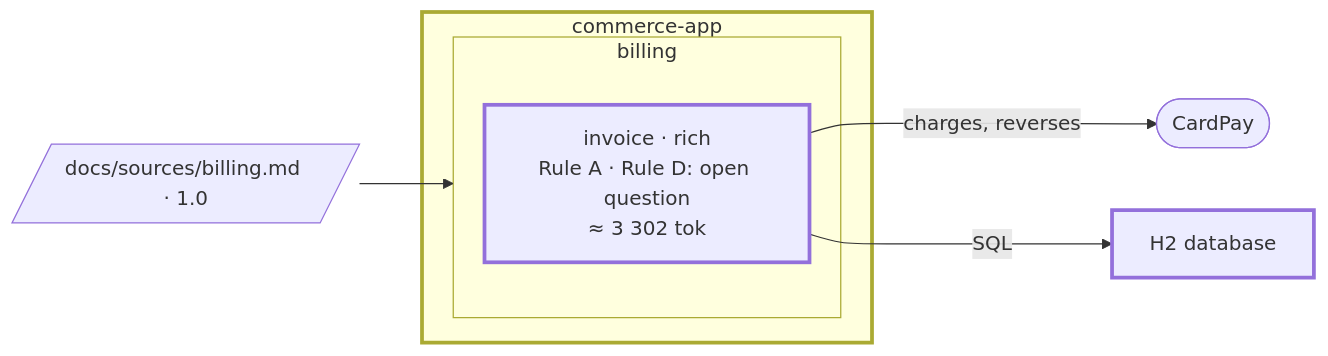
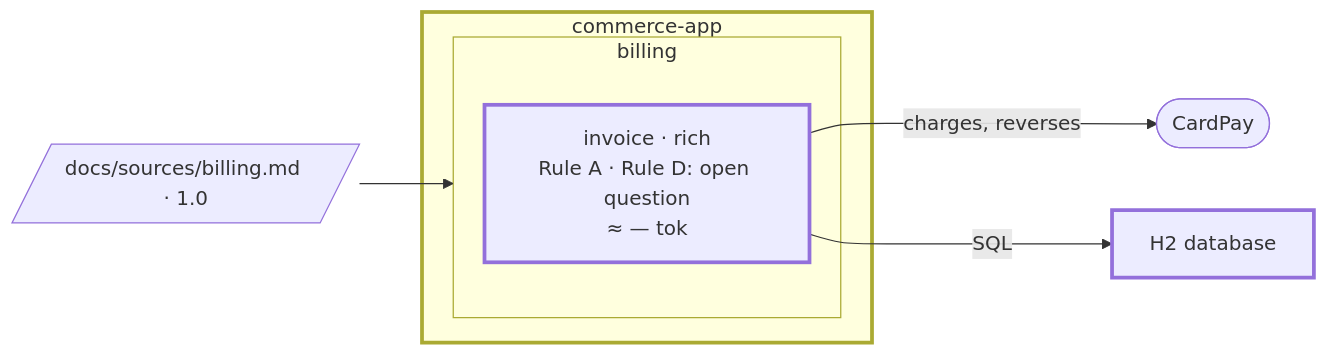
One commit to elie29/partition changed the diagram in docs/guides/a-project-step-by-step/03-architecture.md. Above: the diagram before and after it, drawn with Mermaid. The commit also changed other lines of this file and 52 other files, not shown here.

````diff
--- a/docs/guides/a-project-step-by-step/03-architecture.md
+++ b/docs/guides/a-project-step-by-step/03-architecture.md
@@ -137,17 +40,17 @@
 ```mermaid
 flowchart LR
   classDef new stroke-width:3px
   classDef gone stroke-dasharray:5 5
   src_billing[/"docs/sources/billing.md · 1.0"/]
   subgraph app_commerce["commerce-app"]
     subgraph area_billing["billing"]
-      invoice["invoice · rich<br/>Rule A · Rule D: open question<br/>≈ 3 302 tok"]:::new
+      invoice["invoice · rich<br/>Rule A · Rule D: open question<br/>≈ — tok"]:::new
     end
   end
   class app_commerce new
   db["H2 database"]:::new
   cardpay(["CardPay"])
   src_billing --> area_billing
   invoice -- "charges, reverses" --> cardpay
   invoice -- "SQL" --> db
 ```
````
